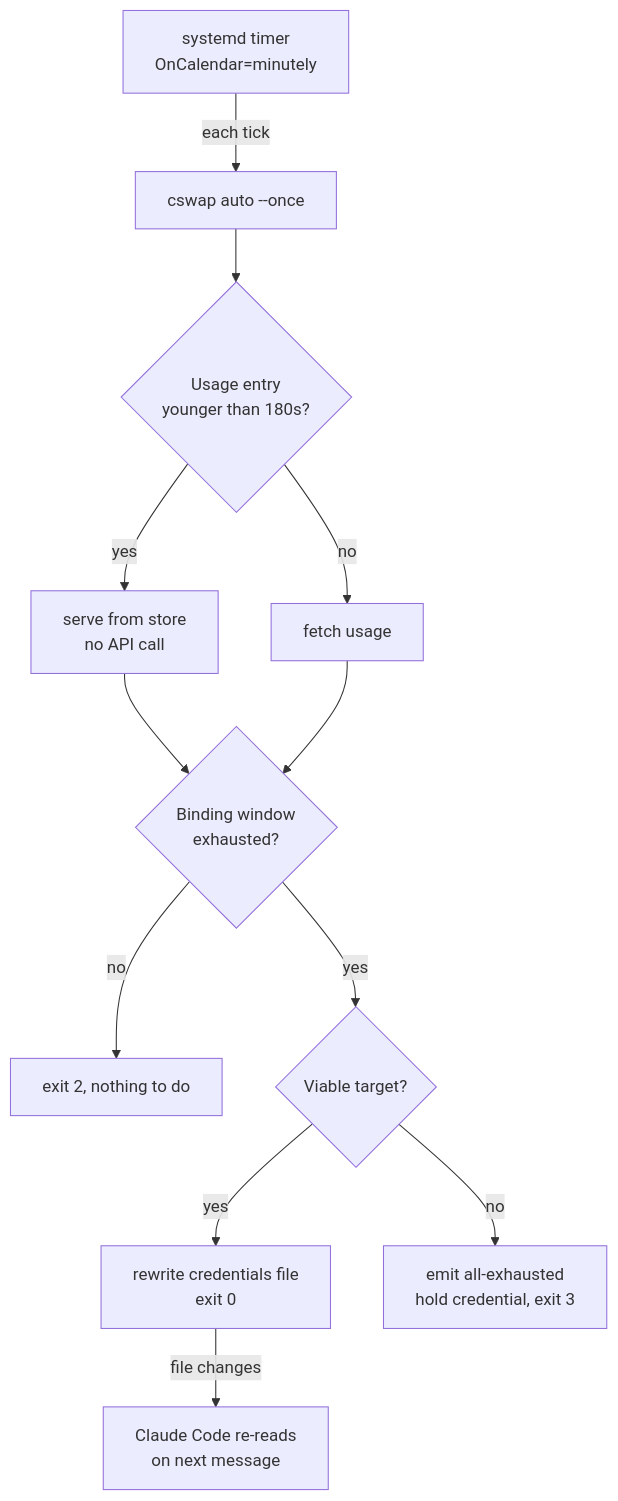
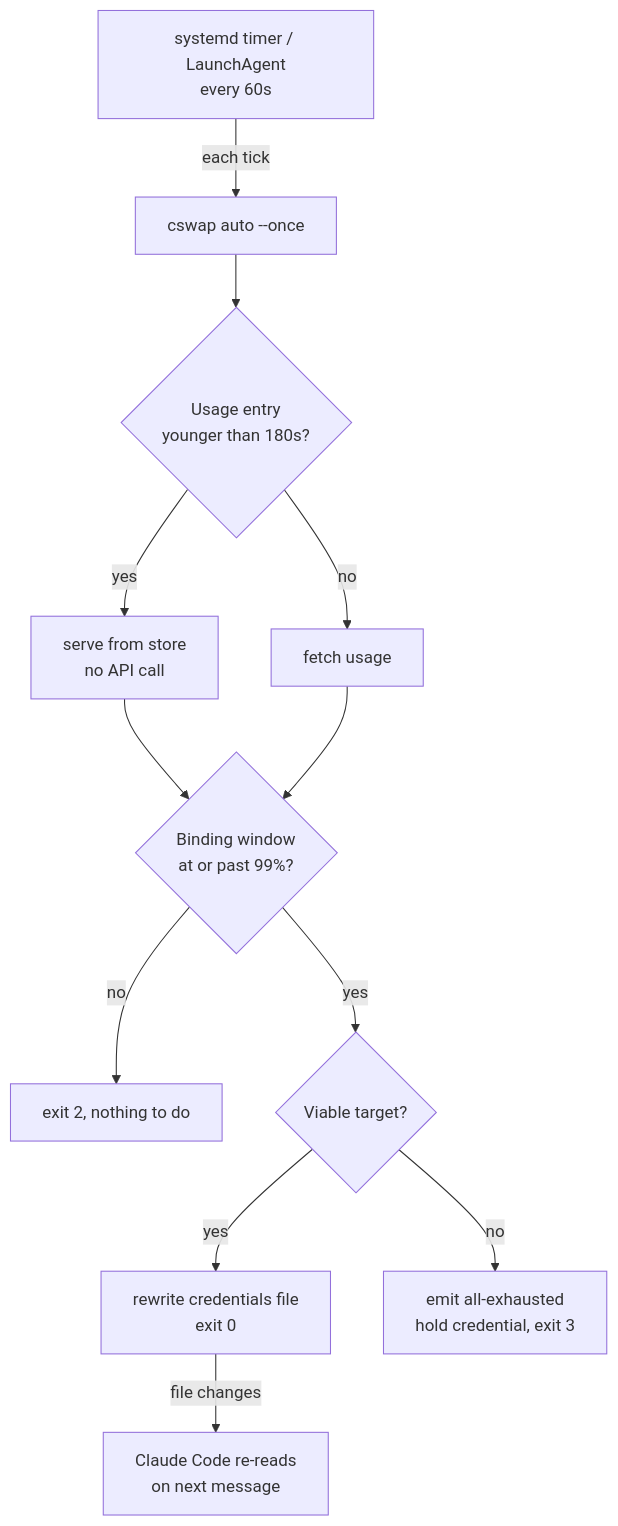
Before and after one commit to brettdavies/dotfiles: the diagram in docs/plans/2026-09-10-2355-feat-cswap-autoswitch-linux-plan.md, drawn with Mermaid. The commit also changed other lines of this file, not shown here.

First line of the commit message:
docs(plans): rewrite the cswap rotation plan around what shipped

````diff
--- a/docs/plans/2026-09-10-2355-feat-cswap-autoswitch-linux-plan.md
+++ b/docs/plans/2026-09-10-2355-feat-cswap-autoswitch-linux-plan.md
@@ -182,14 +164,14 @@
 ```mermaid
 flowchart TB
-  A[systemd timer<br/>OnCalendar=minutely] -->|each tick| B[cswap auto --once]
+  A[systemd timer / LaunchAgent<br/>every 60s] -->|each tick| B[cswap auto --once]
   B --> C{Usage entry<br/>younger than 180s?}
   C -->|yes| D[serve from store<br/>no API call]
   C -->|no| E[fetch usage]
-  D --> F{Binding window<br/>exhausted?}
+  D --> F{Binding window<br/>at or past 99%?}
   E --> F
   F -->|no| G[exit 2, nothing to do]
   F -->|yes| H{Viable target?}
   H -->|yes| I[rewrite credentials file<br/>exit 0]
   H -->|no| J[emit all-exhausted<br/>hold credential, exit 3]
   I -->|file changes| K[Claude Code re-reads<br/>on next message]
 ```
````
